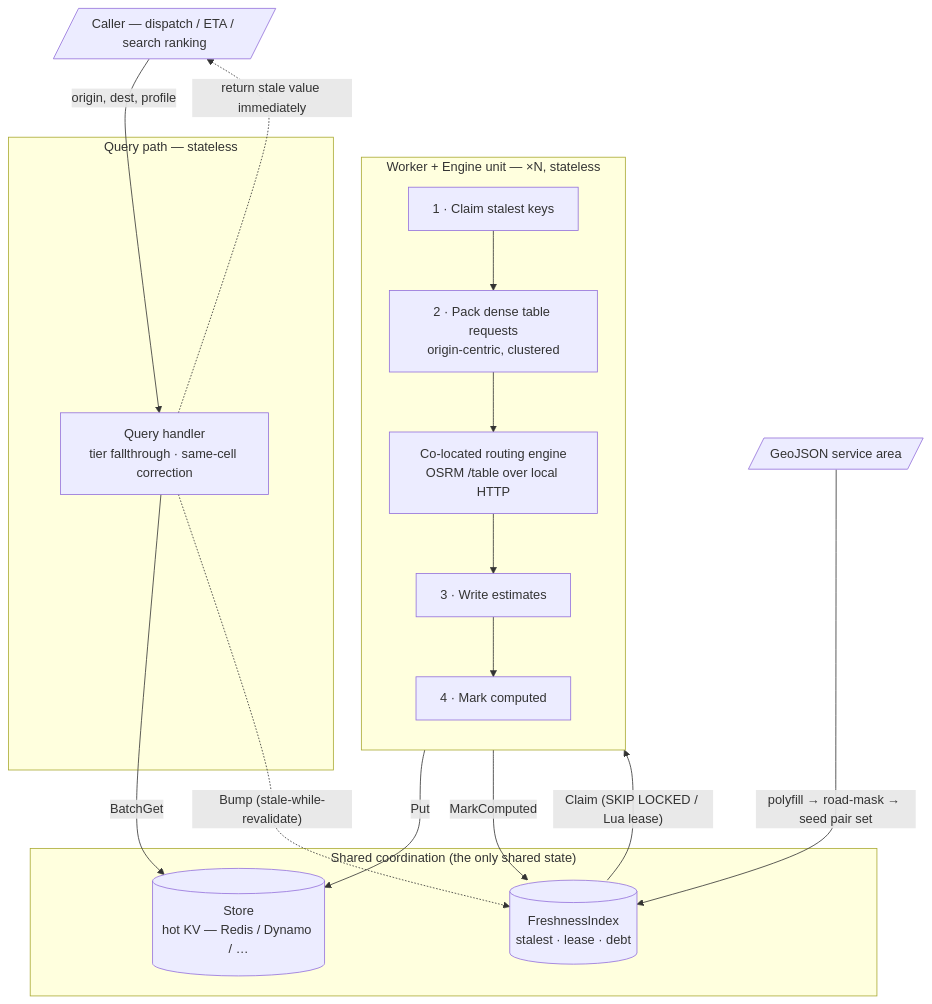
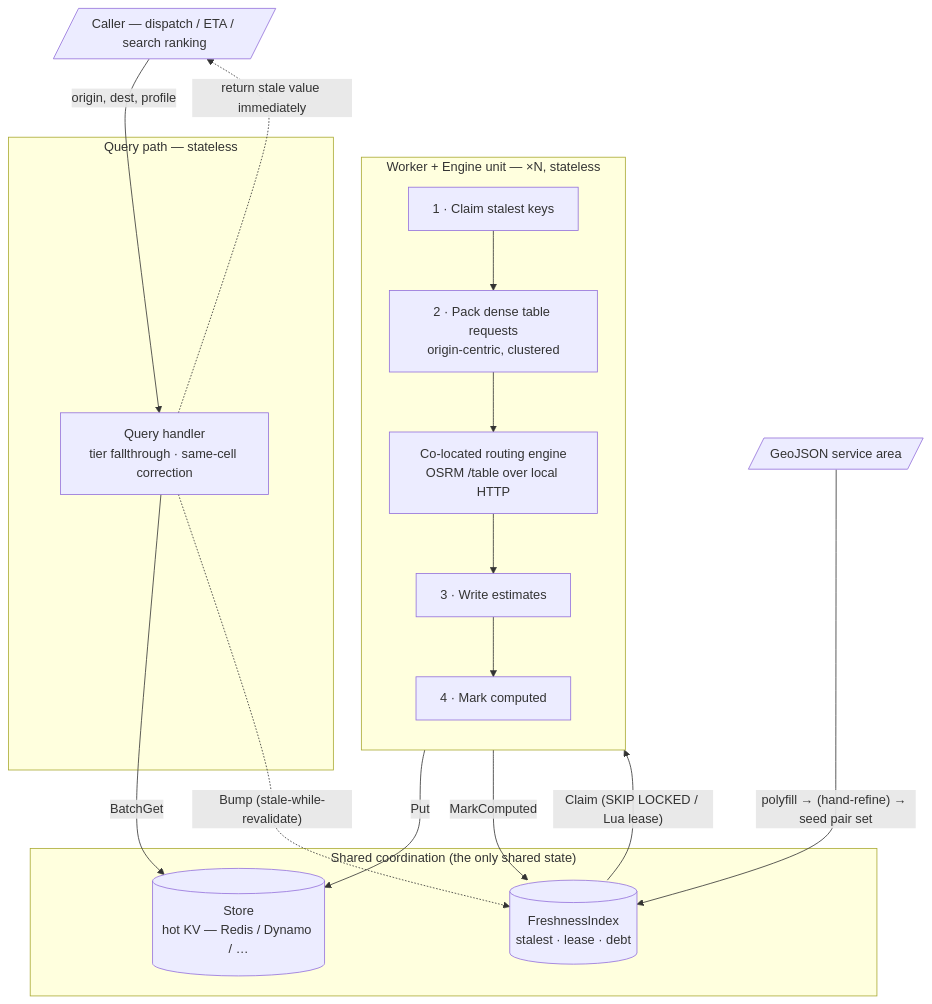
Before and after one commit to primandproper/beeline: the diagram in beeline-design.md, drawn with Mermaid. The commit also changed other lines of this file and 52 other files, not shown here.

````diff
--- a/beeline-design.md
+++ b/beeline-design.md
@@ -85,34 +85,34 @@
 ```mermaid
 flowchart TB
     caller[/"Caller — dispatch / ETA / search ranking"/]
     geojson[/"GeoJSON service area"/]
 
     subgraph shared["Shared coordination (the only shared state)"]
         idx[("FreshnessIndex<br/>stalest · lease · debt")]
         store[("Store<br/>hot KV — Redis / Dynamo / …")]
     end
 
     subgraph worker["Worker + Engine unit — ×N, stateless"]
         direction TB
         w1["1 · Claim stalest keys"]
         w2["2 · Pack dense table requests<br/>origin-centric, clustered"]
         eng["Co-located routing engine<br/>OSRM /table over local HTTP"]
         w3["3 · Write estimates"]
         w4["4 · Mark computed"]
         w1 --> w2 --> eng --> w3 --> w4
     end
 
     subgraph query["Query path — stateless"]
         q["Query handler<br/>tier fallthrough · same-cell correction"]
     end
 
-    geojson -->|"polyfill → road-mask → seed pair set"| idx
+    geojson -->|"polyfill → (hand-refine) → seed pair set"| idx
     idx -->|"Claim (SKIP LOCKED / Lua lease)"| w1
     w3 -->|Put| store
     w4 -->|MarkComputed| idx
 
     caller -->|"origin, dest, profile"| q
     q -->|BatchGet| store
     q -.->|"return stale value immediately"| caller
     q -.->|"Bump (stale-while-revalidate)"| idx
 ```
````
